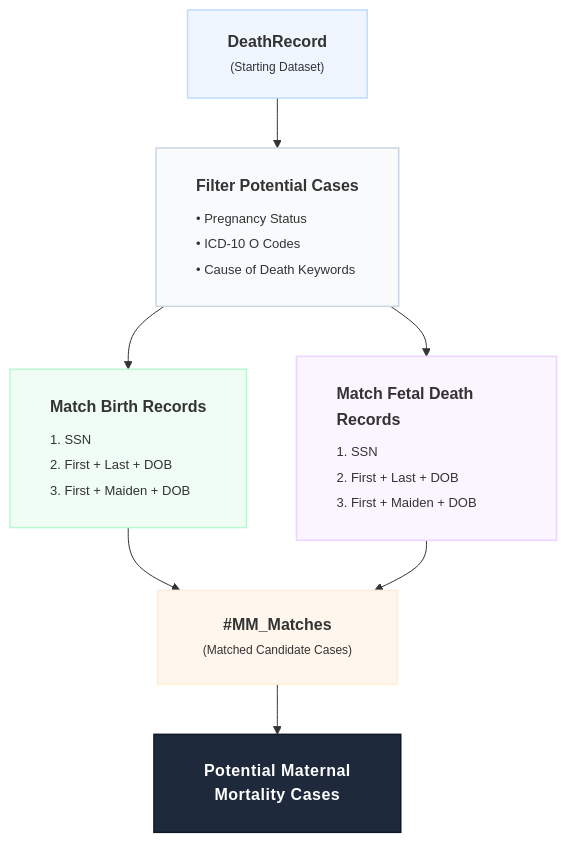
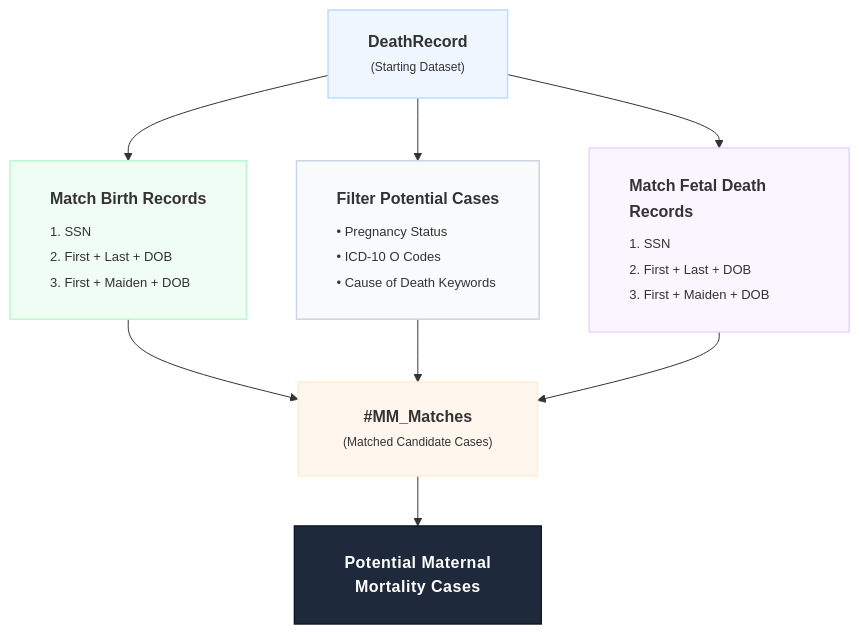
The second of 2 diagrams in Maternal-Mortality-Case-Identification/README.md (lxj8244-alt/Georgia-Public-Health-Analytics), drawn with Mermaid before and after one commit.

````diff
--- a/Maternal-Mortality-Case-Identification/README.md
+++ b/Maternal-Mortality-Case-Identification/README.md
@@ -126,37 +126,41 @@
 ```mermaid
 flowchart TD
     %% 1단계: Starting Dataset
     Start["<div style='padding: 5px 10px;'><b>DeathRecord</b><br><span style='font-size: 12px; color: #64748b;'>(Starting Dataset)</span></div>"]
 
-    %% 2단계: Filter
+    %% 2단계: 가로로 나란히 배치되는 3개의 박스
+    MatchBirth["<div style='padding: 10px; line-height: 1.6;'><b>Match Birth Records</b><div style='border-top: 1px solid #bbf7d0; margin: 6px 0;'></div><span style='font-size: 13px; color: #334155;'>1. SSN<br>2. First + Last + DOB<br>3. First + Maiden + DOB</span></div>"]
+
     Filter["<div style='padding: 10px; line-height: 1.6;'><b>Filter Potential Cases</b><div style='border-top: 1px solid #cbd5e1; margin: 6px 0;'></div><span style='font-size: 13px; color: #334155;'>• Pregnancy Status<br>• ICD-10 O Codes<br>• Cause of Death Keywords</span></div>"]
-
-    %% 3단계: 두 갈래 분기 (Match Records)
-    MatchBirth["<div style='padding: 10px; line-height: 1.6;'><b>Match Birth Records</b><div style='border-top: 1px solid #bbf7d0; margin: 6px 0;'></div><span style='font-size: 13px; color: #334155;'>1. SSN<br>2. First + Last + DOB<br>3. First + Maiden + DOB</span></div>"]
     
     MatchFetal["<div style='padding: 10px; line-height: 1.6;'><b>Match Fetal Death Records</b><div style='border-top: 1px solid #e9d5ff; margin: 6px 0;'></div><span style='font-size: 13px; color: #334155;'>1. SSN<br>2. First + Last + DOB<br>3. First + Maiden + DOB</span></div>"]
 
-    %% 4단계: 매칭 결과 합쳐짐
+    %% 3단계: 매칭 결과 합쳐짐
     Matches["<div style='padding: 8px 15px;'><b>#MM_Matches</b><br><span style='font-size: 12px; color: #c2410c;'>(Matched Candidate Cases)</span></div>"]
 
-    %% 5단계: 최종 결과
+    %% 4단계: 최종 결과
     Final["<div style='padding: 10px 20px; font-weight: bold; letter-spacing: 0.5px;'>Potential Maternal<br>Mortality Cases</div>"]
 
-    %% 흐름 연결 (Relationships)
+    %% 위에서 세 갈래로 연결 (Death Record -> 3개 박스)
+    Start --> MatchBirth
     Start --> Filter
-    Filter --> MatchBirth
-    Filter --> MatchFetal
+    Start --> MatchFetal
+
+    %% 아래에서 하나로 취합 (3개 박스 -> #MM_Matches)
     MatchBirth --> Matches
+    Filter --> Matches
     MatchFetal --> Matches
+
+    %% #MM_Matches -> 최종 결과
     Matches --> Final
 
-    %% 스타일링 (선의 부드러운 곡선 및 내부 정렬 설정)
+    %% 스타일링
     style Start fill:#eff6ff,stroke:#bfdbfe,stroke-width:1.5px
-    style Filter fill:#f8fafc,stroke:#cbd5e1,stroke-width:1.5px,text-align:left
     
     style MatchBirth fill:#f0fdf4,stroke:#bbf7d0,stroke-width:1.5px,text-align:left
+    style Filter fill:#f8fafc,stroke:#cbd5e1,stroke-width:1.5px,text-align:left
     style MatchFetal fill:#faf5ff,stroke:#e9d5ff,stroke-width:1.5px,text-align:left
     
     style Matches fill:#fff7ed,stroke:#ffedd5,stroke-width:1.5px
     style Final fill:#1e293b,stroke:#0f172a,stroke-width:1.5px,color:#fff
 ```
````
